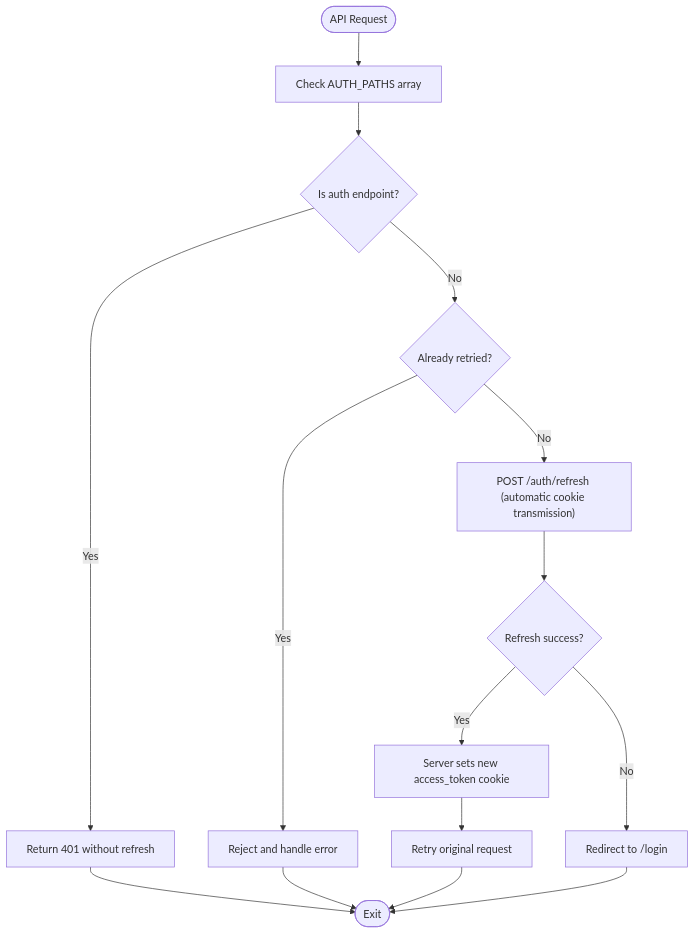
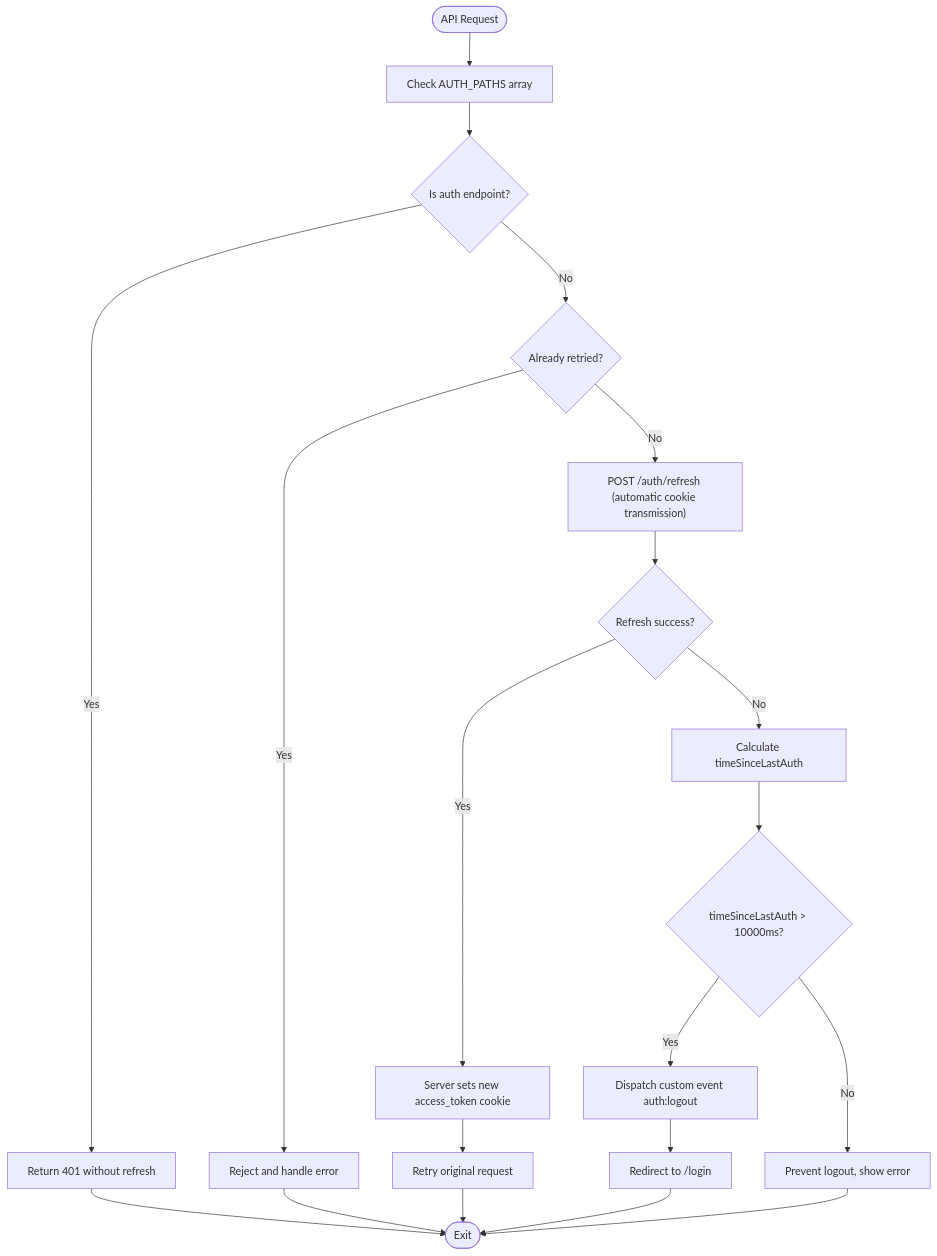
The ninth of 13 diagrams in .qoder/repowiki/en/content/Authentication & Authorization/Frontend Authentication Context.md (Revanththetalogics/aireume), drawn with Mermaid before and after one commit. The commit also changed other lines of this file and 15 other files, not shown here.

````diff
--- a/.qoder/repowiki/en/content/Authentication & Authorization/Frontend Authentication Context.md
+++ b/.qoder/repowiki/en/content/Authentication & Authorization/Frontend Authentication Context.md
@@ -355,17 +464,22 @@
 ```mermaid
 flowchart TD
 ReqStart(["API Request"]) --> CheckAuth["Check AUTH_PATHS array"]
 CheckAuth --> IsAuth{"Is auth endpoint?"}
 IsAuth --> |Yes| DirectFail["Return 401 without refresh"]
 IsAuth --> |No| CheckRetry{"Already retried?"}
 CheckRetry --> |Yes| Fail["Reject and handle error"]
 CheckRetry --> |No| Refresh["POST /auth/refresh (automatic cookie transmission)"]
 Refresh --> RTResp{"Refresh success?"}
 RTResp --> |Yes| StoreNew["Server sets new access_token cookie"]
 StoreNew --> RetryOrig["Retry original request"]
-RTResp --> |No| Redirect["Redirect to /login"]
+RTResp --> |No| CalcTime["Calculate timeSinceLastAuth"]
+CalcTime --> CheckGrace{"timeSinceLastAuth > 10000ms?"}
+CheckGrace --> |Yes| DispatchEvent["Dispatch custom event auth:logout"]
+CheckGrace --> |No| PreventLogout["Prevent logout, show error"]
+DispatchEvent --> Redirect["Redirect to /login"]
 DirectFail --> End(["Exit"])
 Fail --> End
 RetryOrig --> End
 Redirect --> End
+PreventLogout --> End
 ```
````
